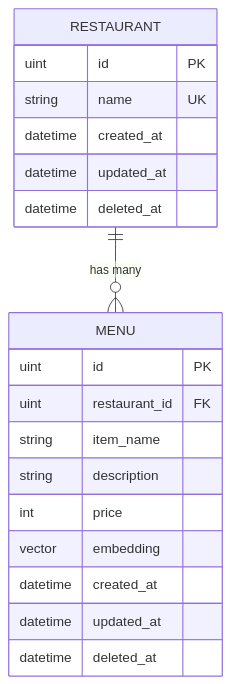
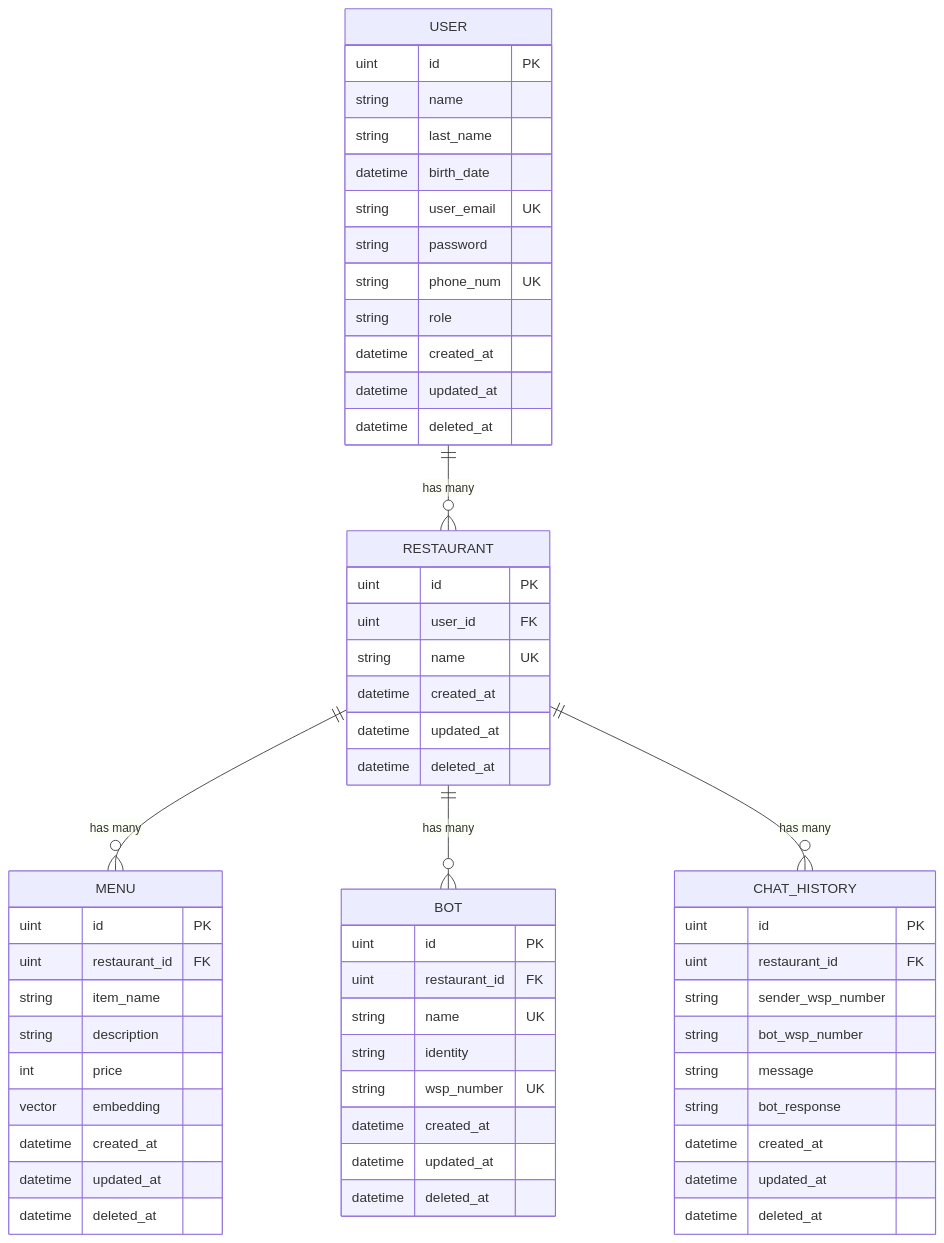
Before and after one commit to myck45/customer_service_ai_agents: the diagram in README.md, drawn with Mermaid. The commit also changed other lines of this file and 10 other files, not shown here.

Commit message:
add user and bot models; implement user repository and update restaurant creation to associate with user

````diff
--- a/README.md
+++ b/README.md
@@ -7,28 +11,71 @@
 ```mermaid
 ---
 tittle: Restaurants Menu DB
 ---
 
 erDiagram
+
+    USER {
+        uint id PK
+        string name
+        string last_name
+        datetime birth_date
+        string user_email UK
+        string password
+        string phone_num UK
+        string role
+        datetime created_at
+        datetime updated_at
+        datetime deleted_at
+    }
+
     RESTAURANT {
         uint id PK
+        uint user_id FK
         string name UK
         datetime created_at
         datetime updated_at
         datetime deleted_at
     }
     
     MENU {
         uint id PK
         uint restaurant_id FK
         string item_name
         string description
         int price
         vector embedding
         datetime created_at
         datetime updated_at
         datetime deleted_at
     }
 
+    BOT {
+        uint id PK
+        uint restaurant_id FK
+        string name UK
+        string identity
+        string wsp_number UK
+        datetime created_at
+        datetime updated_at
+        datetime deleted_at
+
+    }
+
+    CHAT_HISTORY {
+        uint id PK
+        uint restaurant_id FK
+        string sender_wsp_number
+        string bot_wsp_number
+        string message
+        string bot_response
+        datetime created_at
+        datetime updated_at
+        datetime deleted_at
+    }
+
+    USER ||--o{ RESTAURANT : "has many"
     RESTAURANT ||--o{ MENU : "has many"
+    RESTAURANT ||--o{ BOT : "has many"
+    RESTAURANT ||--o{ CHAT_HISTORY : "has many"
 ```
````
